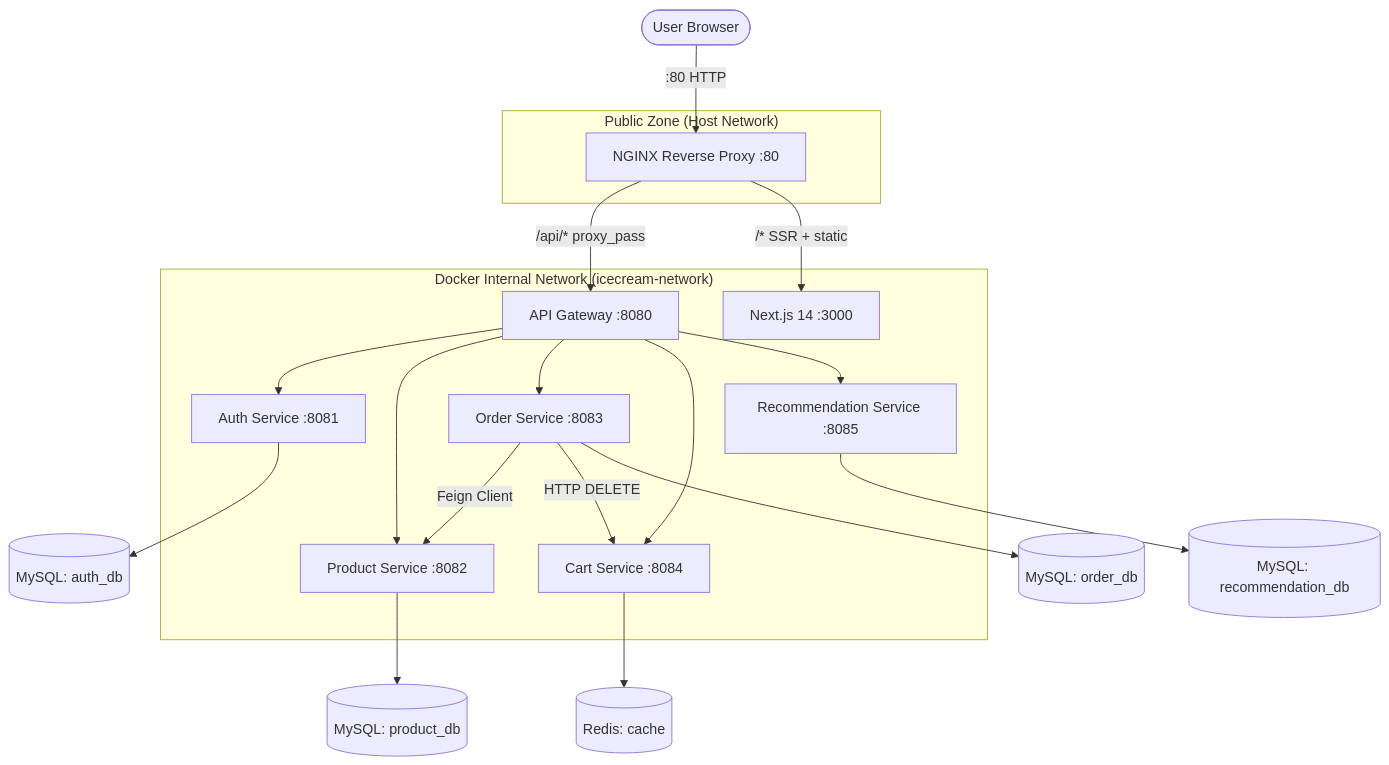
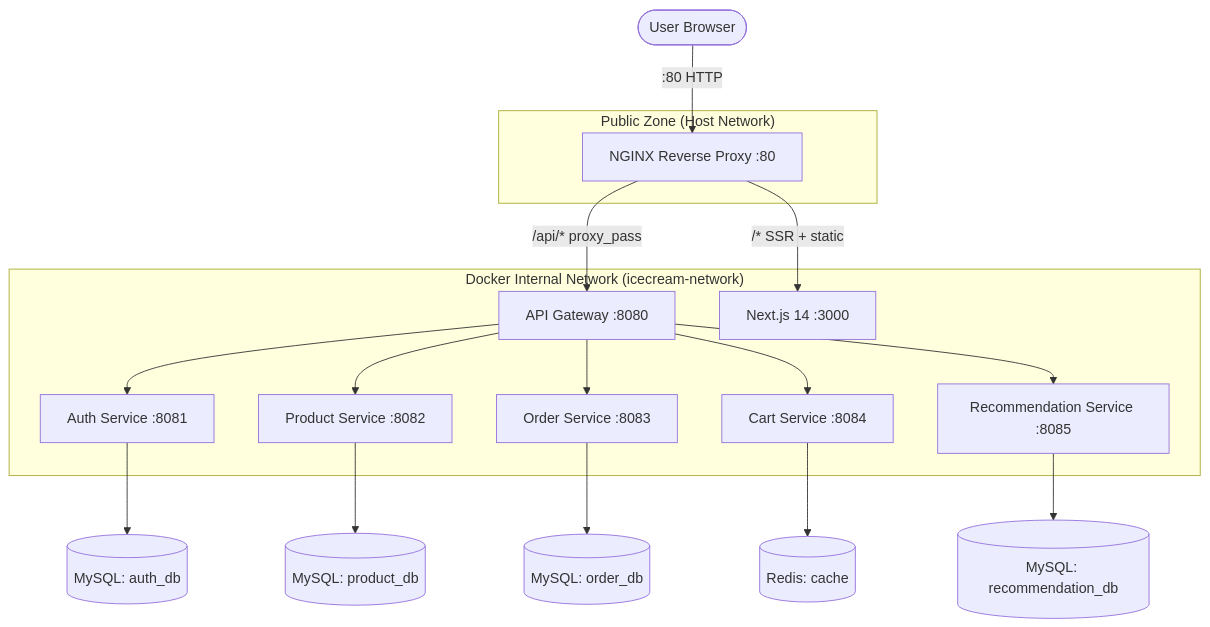
The diagram in architecture.md (AkhilMylaram/IceCream-Hub), drawn with Mermaid before and after one commit. The commit also changed other lines of this file and 7 other files, not shown here.

````diff
--- a/architecture.md
+++ b/architecture.md
@@ -11,28 +11,25 @@
 ```mermaid
 graph TD
     User([User Browser]) -->|:80 HTTP| NGINX[NGINX Reverse Proxy :80]
 
     subgraph Public_Zone ["Public Zone (Host Network)"]
         NGINX
     end
 
     subgraph Docker_Network ["Docker Internal Network (icecream-network)"]
         NGINX -->|/api/* proxy_pass| Gateway[API Gateway :8080]
         NGINX -->|/* SSR + static| Frontend[Next.js 14 :3000]
 
         Gateway --> Auth[Auth Service :8081]
         Gateway --> Product[Product Service :8082]
         Gateway --> Order[Order Service :8083]
         Gateway --> Cart[Cart Service :8084]
         Gateway --> Rec[Recommendation Service :8085]
-
-        Order -->|Feign Client| Product
-        Order -->|HTTP DELETE| Cart
     end
 
     Auth --> AuthDB[(MySQL: auth_db)]
     Product --> ProductDB[(MySQL: product_db)]
     Order --> OrderDB[(MySQL: order_db)]
     Cart --> CartCache[(Redis: cache)]
     Rec --> RecDB[(MySQL: recommendation_db)]
 ```
````
